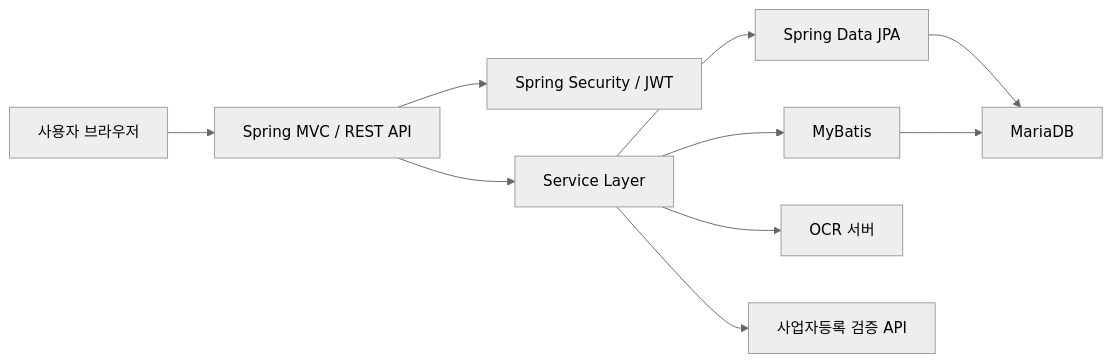
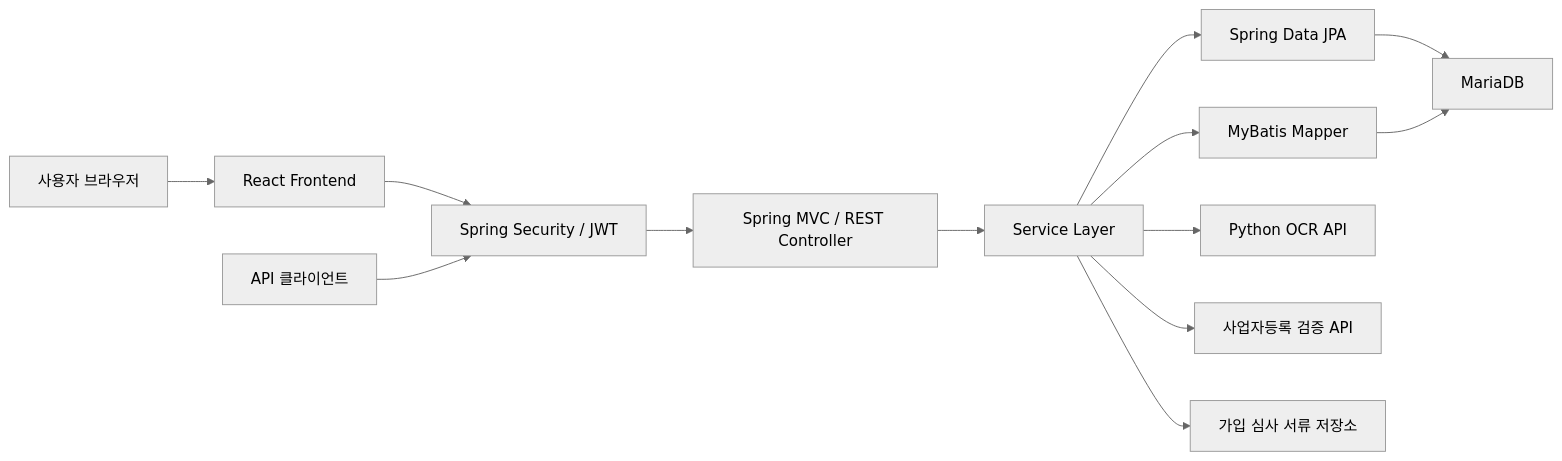
Before and after one commit to goldenpage/KostaErpServer: the diagram in README.md, drawn with Mermaid (neutral theme). The commit also changed other lines of this file, not shown here.

````diff
--- a/README.md
+++ b/README.md
@@ -46,12 +43,15 @@
 ```mermaid
 flowchart LR
-    U["사용자 브라우저"] --> MVC["Spring MVC / REST API"]
-    MVC --> AUTH["Spring Security / JWT"]
+    USER["사용자 브라우저"] --> REACT["React Frontend"]
+    REACT --> SECURITY["Spring Security / JWT"]
+    CLIENT["API 클라이언트"] --> SECURITY
+    SECURITY --> MVC["Spring MVC / REST Controller"]
     MVC --> SERVICE["Service Layer"]
     SERVICE --> JPA["Spring Data JPA"]
-    SERVICE --> MYBATIS["MyBatis"]
+    SERVICE --> MYBATIS["MyBatis Mapper"]
     JPA --> DB["MariaDB"]
     MYBATIS --> DB
-    SERVICE --> OCR["OCR 서버"]
+    SERVICE --> OCR["Python OCR API"]
     SERVICE --> BIZ["사업자등록 검증 API"]
+    SERVICE --> FILE["가입 심사 서류 저장소"]
 ```
````
